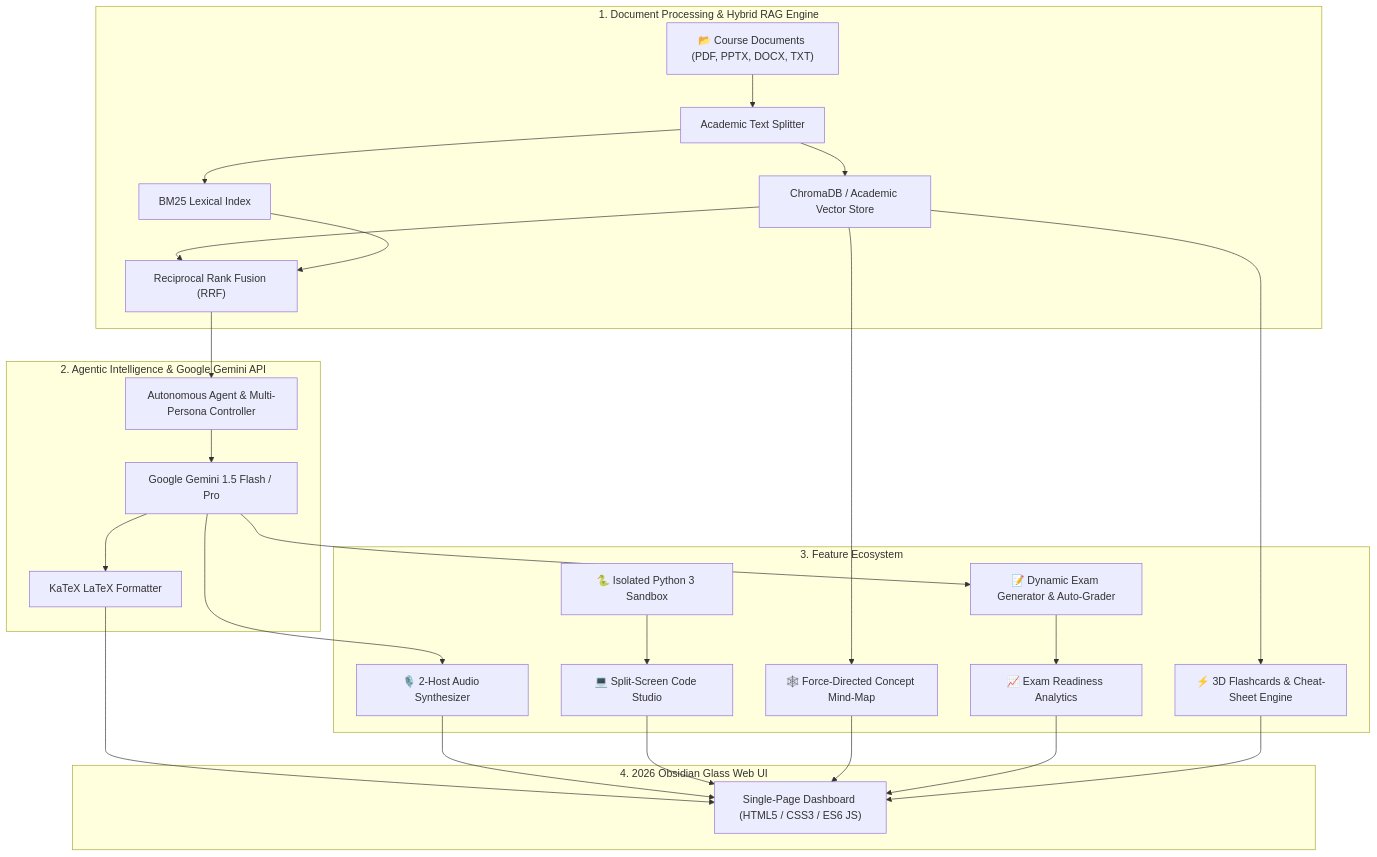
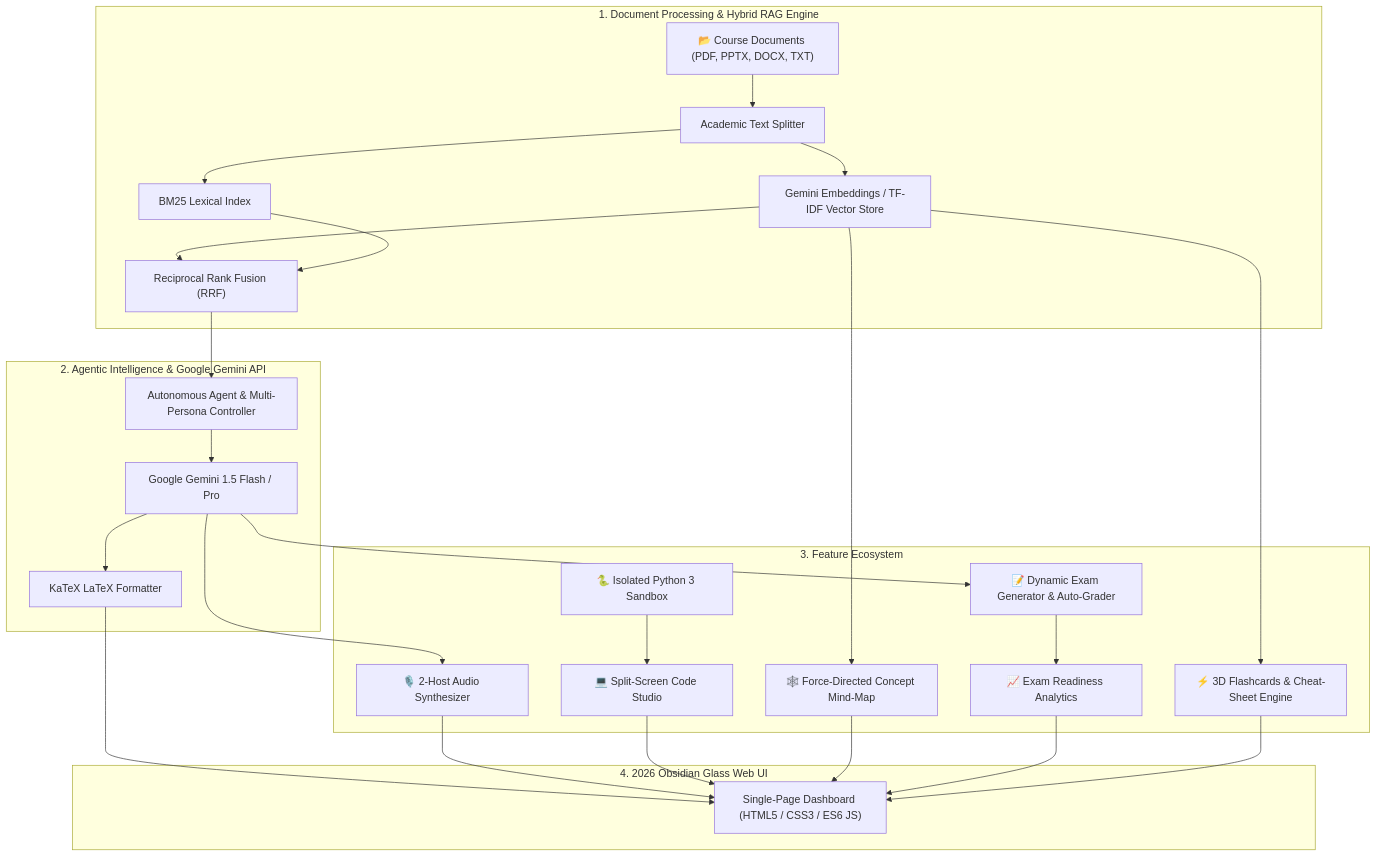
Before and after one commit to R0HITHRAO/Syllabus-RAG-AI-Agent: the diagram in README.md, drawn with Mermaid. The commit also changed other lines of this file, not shown here.

Commit message:
Update README: accurate architecture, full directory tree, complete API table, Docker/testing/deployment sections

````diff
--- a/README.md
+++ b/README.md
@@ -51,28 +51,28 @@
 ```mermaid
 flowchart TD
     subgraph DataEngine["1. Document Processing & Hybrid RAG Engine"]
         Docs["📂 Course Documents (PDF, PPTX, DOCX, TXT)"] --> Splitter["Academic Text Splitter"]
-        Splitter --> VectorDB["ChromaDB / Academic Vector Store"]
+        Splitter --> VectorDB["Gemini Embeddings / TF-IDF Vector Store"]
         Splitter --> BM25["BM25 Lexical Index"]
         VectorDB & BM25 --> RRF["Reciprocal Rank Fusion (RRF)"]
     end
 
     subgraph LLM["2. Agentic Intelligence & Google Gemini API"]
         RRF --> AgentEngine["Autonomous Agent & Multi-Persona Controller"]
         AgentEngine --> Gemini["Google Gemini 1.5 Flash / Pro"]
         Gemini --> KaTeX["KaTeX LaTeX Formatter"]
     end
 
     subgraph Features["3. Feature Ecosystem"]
         Gemini --> Podcast["🎙️ 2-Host Audio Synthesizer"]
         Gemini --> QuizGen["📝 Dynamic Exam Generator & Auto-Grader"]
         QuizGen --> Analytics["📈 Exam Readiness Analytics"]
         VectorDB --> Graph["🕸️ Force-Directed Concept Mind-Map"]
         VectorDB --> Flashcards["⚡ 3D Flashcards & Cheat-Sheet Engine"]
         Runner["🐍 Isolated Python 3 Sandbox"] --> Studio["💻 Split-Screen Code Studio"]
     end
 
     subgraph Frontend["4. 2026 Obsidian Glass Web UI"]
         KaTeX & Podcast & Studio & Graph & Analytics & Flashcards --> SinglePageApp["Single-Page Dashboard (HTML5 / CSS3 / ES6 JS)"]
     end
 ```
````
